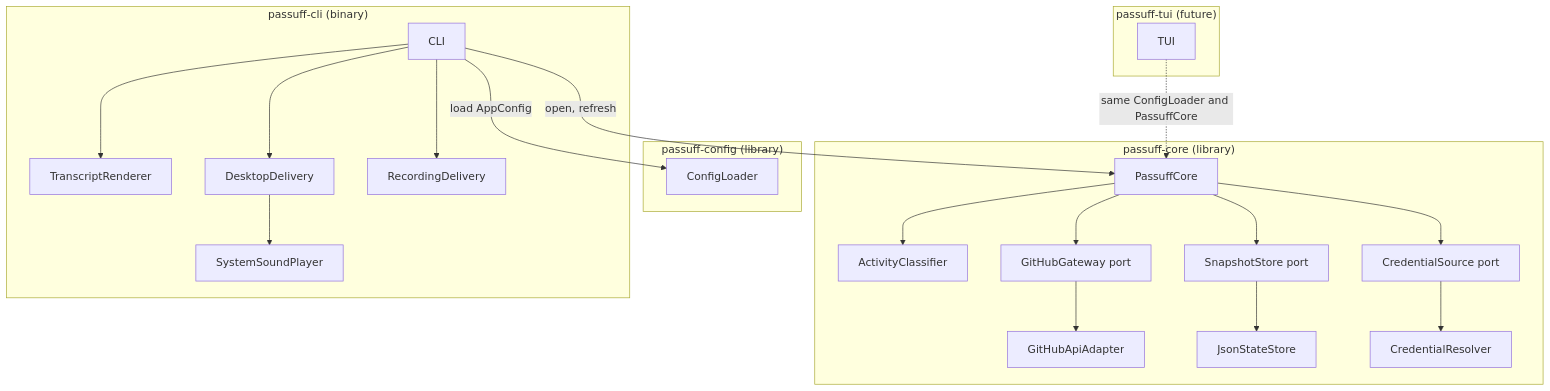
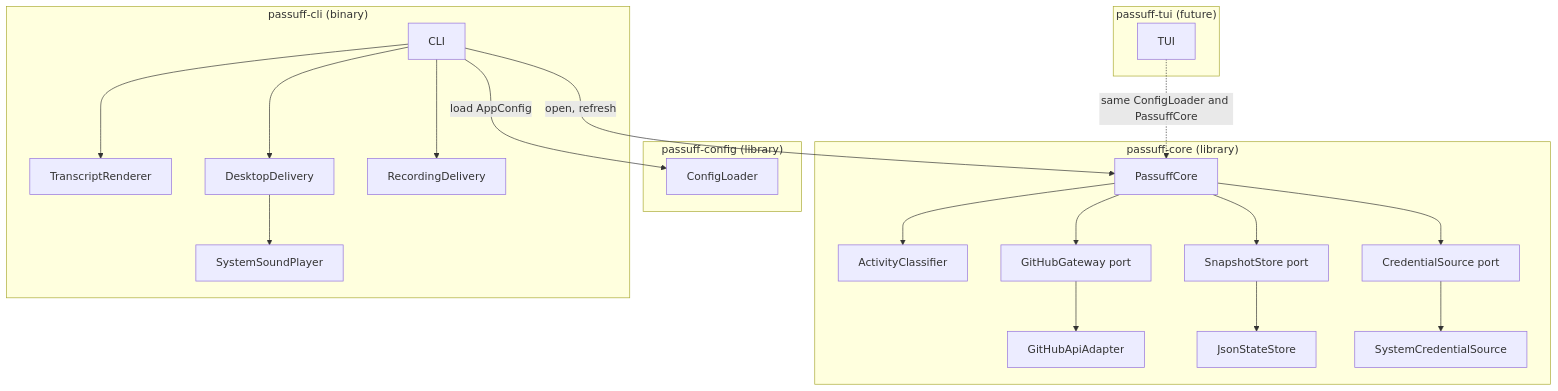
Before and after one commit to buster/passuff: the diagram in docs/arc42/05-building-block-view.md, drawn with Mermaid. The commit also changed other lines of this file and 17 other files, not shown here.

````diff
--- a/docs/arc42/05-building-block-view.md
+++ b/docs/arc42/05-building-block-view.md
@@ -5,44 +5,44 @@
 ```mermaid
 flowchart TB
     subgraph configBoundary["passuff-config (library)"]
         Config["ConfigLoader"]
     end
 
     subgraph coreBoundary["passuff-core (library)"]
         Core["PassuffCore"]
         Classifier["ActivityClassifier"]
         GitHubPort["GitHubGateway port"]
         GitHubAdapter["GitHubApiAdapter"]
         StatePort["SnapshotStore port"]
         JsonStore["JsonStateStore"]
         CredentialPort["CredentialSource port"]
-        Credential["CredentialResolver"]
+        Credential["SystemCredentialSource"]
     end
 
     subgraph cliBoundary["passuff-cli (binary)"]
         CLI["CLI"]
         Renderer["TranscriptRenderer"]
         Delivery["DesktopDelivery"]
         Record["RecordingDelivery"]
         Sound["SystemSoundPlayer"]
     end
 
     subgraph tuiBoundary["passuff-tui (future)"]
         TUI["TUI"]
     end
 
     CLI -->|load AppConfig| Config
     CLI -->|open, refresh| Core
     CLI --> Renderer
     CLI --> Delivery
     CLI --> Record
     Delivery --> Sound
     Core --> Classifier
     Core --> GitHubPort
     GitHubPort --> GitHubAdapter
     Core --> StatePort
     StatePort --> JsonStore
     Core --> CredentialPort
     CredentialPort --> Credential
     TUI -.->|same ConfigLoader and PassuffCore| Core
 ```
````
